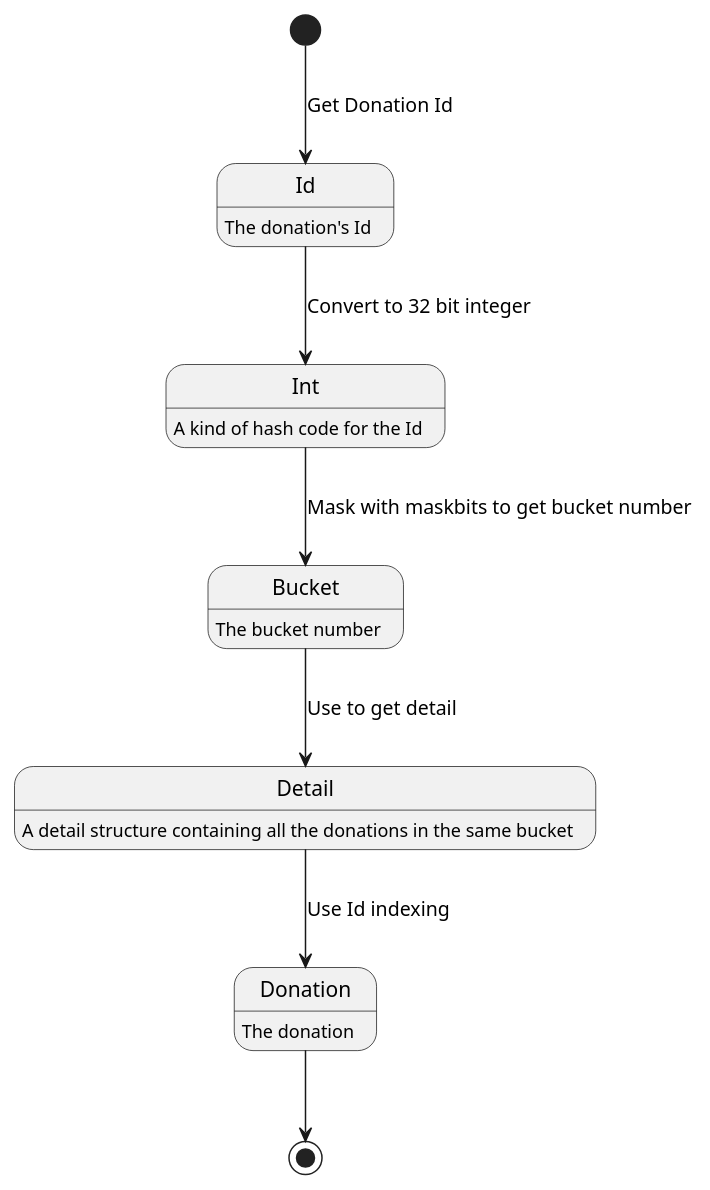
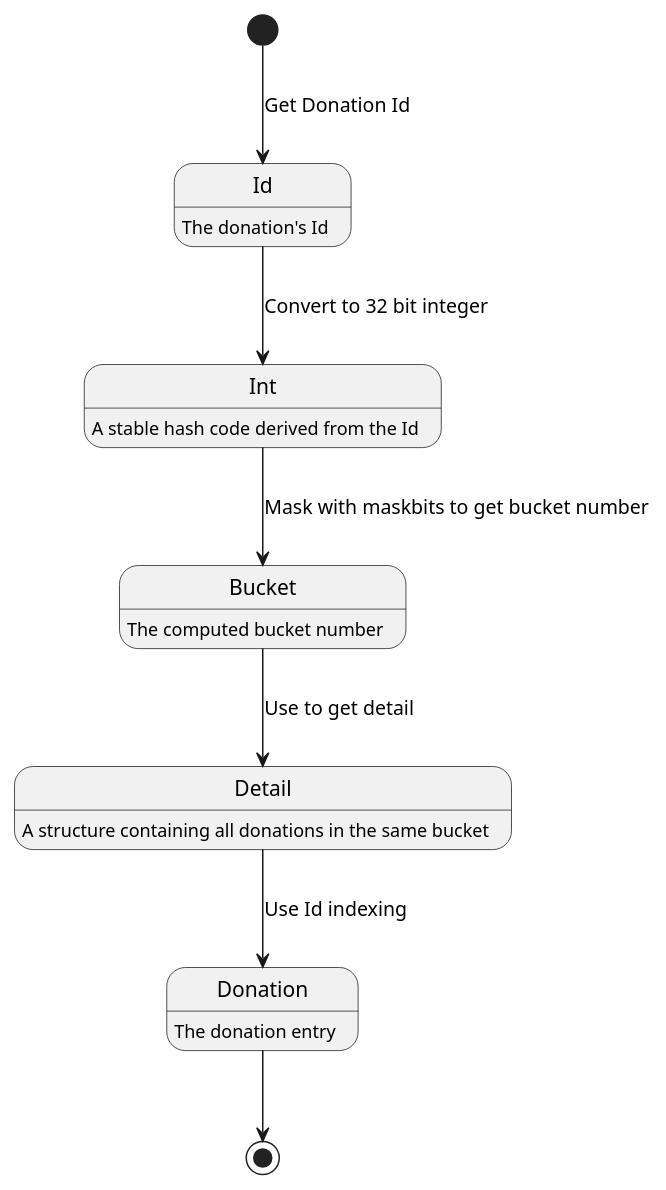
One commit to joost-morsink/FF-admin-module changed the diagram in wiki/model_partition.md. Above: the diagram before and after it, drawn with PlantUML. The commit also changed other lines of this file and 24 other files, not shown here.

````diff
--- a/wiki/model_partition.md
+++ b/wiki/model_partition.md
@@ -23,14 +25,14 @@
 ```plantuml
 [*] --> Id : Get Donation Id
 Id --> Int : Convert to 32 bit integer
 Int --> Bucket : Mask with maskbits to get bucket number
 Bucket --> Detail : Use to get detail
 Detail --> Donation : Use Id indexing
 Donation --> [*]
 
 Id : The donation's Id
-Int: A kind of hash code for the Id
-Bucket: The bucket number
-Detail: A detail structure containing all the donations in the same bucket
-Donation: The donation
+Int: A stable hash code derived from the Id
+Bucket: The computed bucket number
+Detail: A structure containing all donations in the same bucket
+Donation: The donation entry
 ```
````
